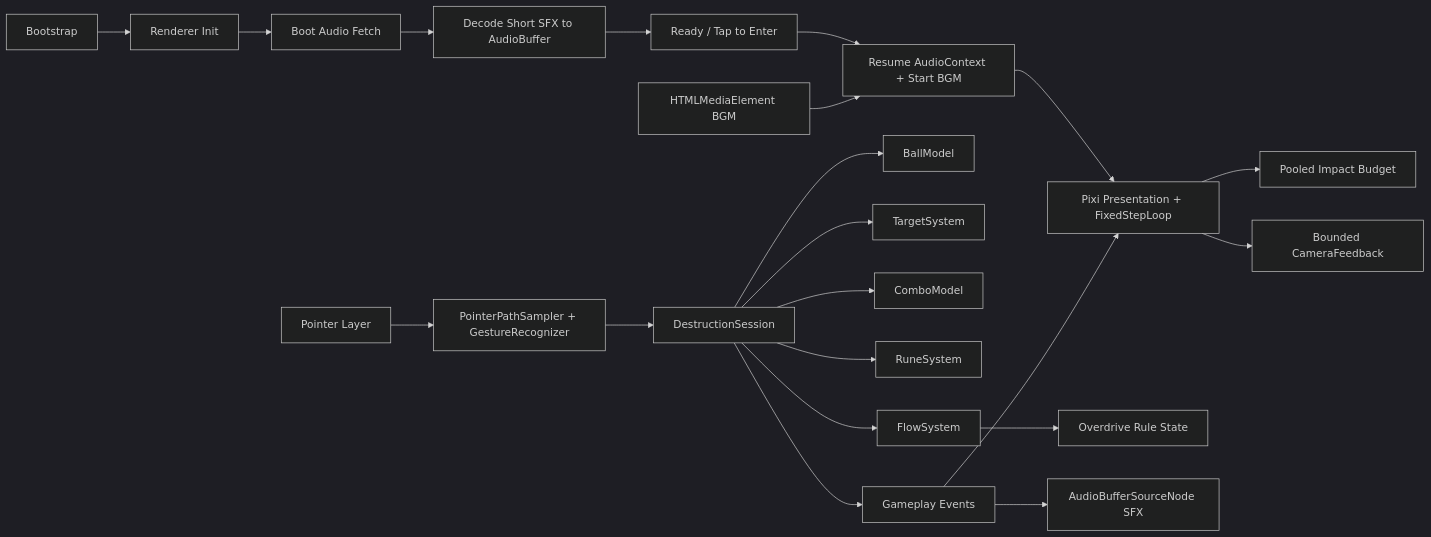
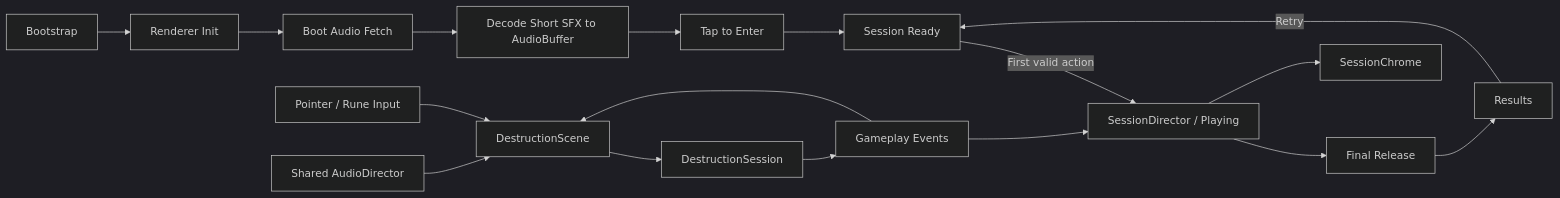
The diagram in rune-ball/README.md (zeroLR/2D-game-playground), drawn with Mermaid (dark theme) before and after one commit. The commit also changed other lines of this file, not shown here.

Commit message:
docs(rune-ball): advance milestone to P6.1

````diff
--- a/rune-ball/README.md
+++ b/rune-ball/README.md
@@ -58,23 +52,20 @@
 ```mermaid
 flowchart LR
   Boot[Bootstrap] --> Renderer[Renderer Init]
   Renderer --> Fetch[Boot Audio Fetch]
   Fetch --> Decode[Decode Short SFX to AudioBuffer]
-  Decode --> Ready[Ready / Tap to Enter]
-  Ready --> Activate[Resume AudioContext + Start BGM]
-  Activate --> Scene[Pixi Presentation + FixedStepLoop]
-  Browser[Pointer Layer] --> Gesture[PointerPathSampler + GestureRecognizer]
-  Gesture --> Session[DestructionSession]
-  Session --> Ball[BallModel]
-  Session --> Targets[TargetSystem]
-  Session --> Combo[ComboModel]
-  Session --> Runes[RuneSystem]
-  Session --> Flow[FlowSystem]
-  Flow --> OD[Overdrive Rule State]
-  Session --> Events[Gameplay Events]
+  Decode --> Enter[Tap to Enter]
+  Enter --> Ready[Session Ready]
+  Ready -->|First valid action| Run[SessionDirector / Playing]
+  Run --> Final[Final Release]
+  Final --> Results[Results]
+  Results -->|Retry| Ready
+
+  Gesture[Pointer / Rune Input] --> Scene[DestructionScene]
+  Scene --> Domain[DestructionSession]
+  Domain --> Events[Gameplay Events]
   Events --> Scene
-  Events --> SFX[AudioBufferSourceNode SFX]
-  BGM[HTMLMediaElement BGM] --> Activate
-  Scene --> Pool[Pooled Impact Budget]
-  Scene --> Camera[Bounded CameraFeedback]
+  Events --> Run
+  Run --> Chrome[SessionChrome]
+  Audio[Shared AudioDirector] --> Scene
 ```
````
